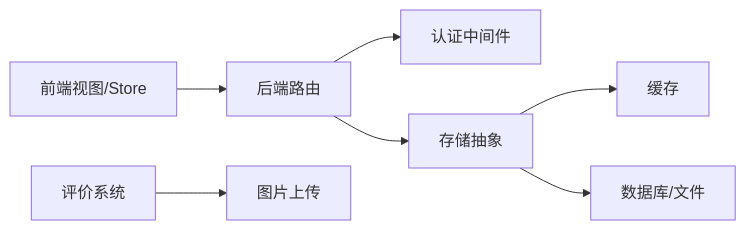
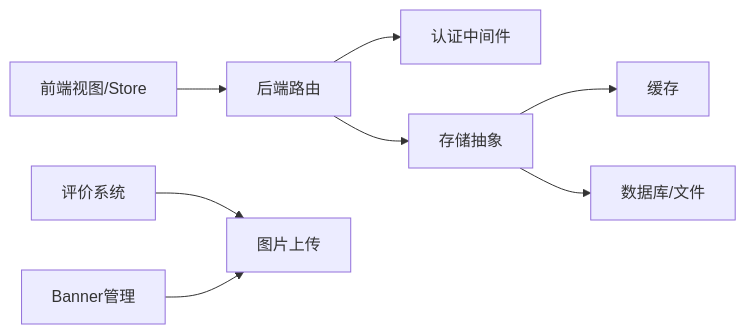
Before and after one commit to Giraffe-Han/microAPP: diagram 11 of 14 in .qoder/repowiki/zh/content/业务功能模块/业务功能模块.md, drawn with Mermaid. The commit also changed other lines of this file and 93 other files, not shown here.

Commit message:
fix: 恢复原始Banner图片URL到配置中

````diff
--- a/.qoder/repowiki/zh/content/业务功能模块/业务功能模块.md
+++ b/.qoder/repowiki/zh/content/业务功能模块/业务功能模块.md
@@ -415,9 +435,10 @@
 ```mermaid
 graph LR
 FE["前端视图/Store"] --> API["后端路由"]
 API --> MW["认证中间件"]
 API --> ST["存储抽象"]
 ST --> CA["缓存"]
 ST --> DB["数据库/文件"]
 REV["评价系统"] --> UPLOAD["图片上传"]
+BANNER["Banner管理"] --> UPLOAD
 ```
````
